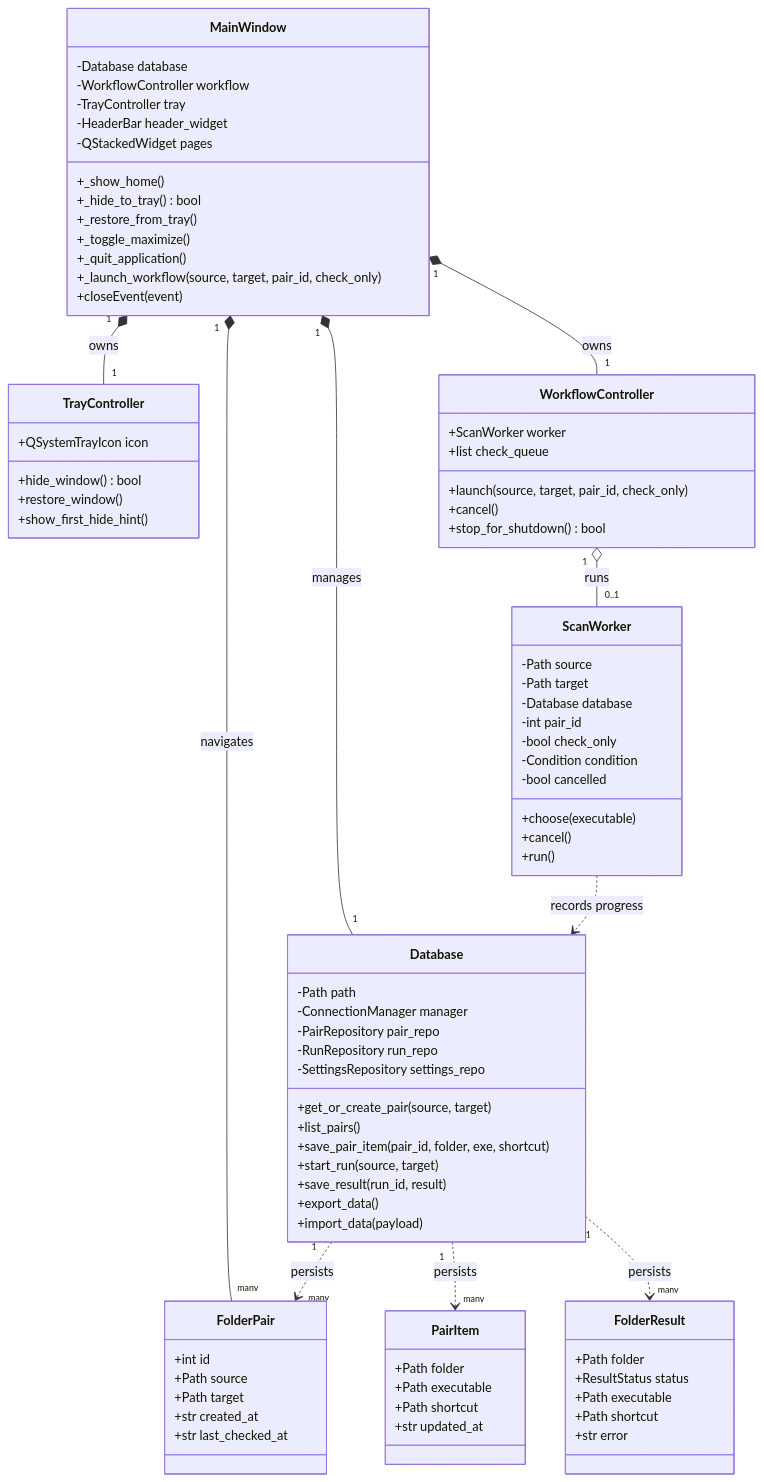
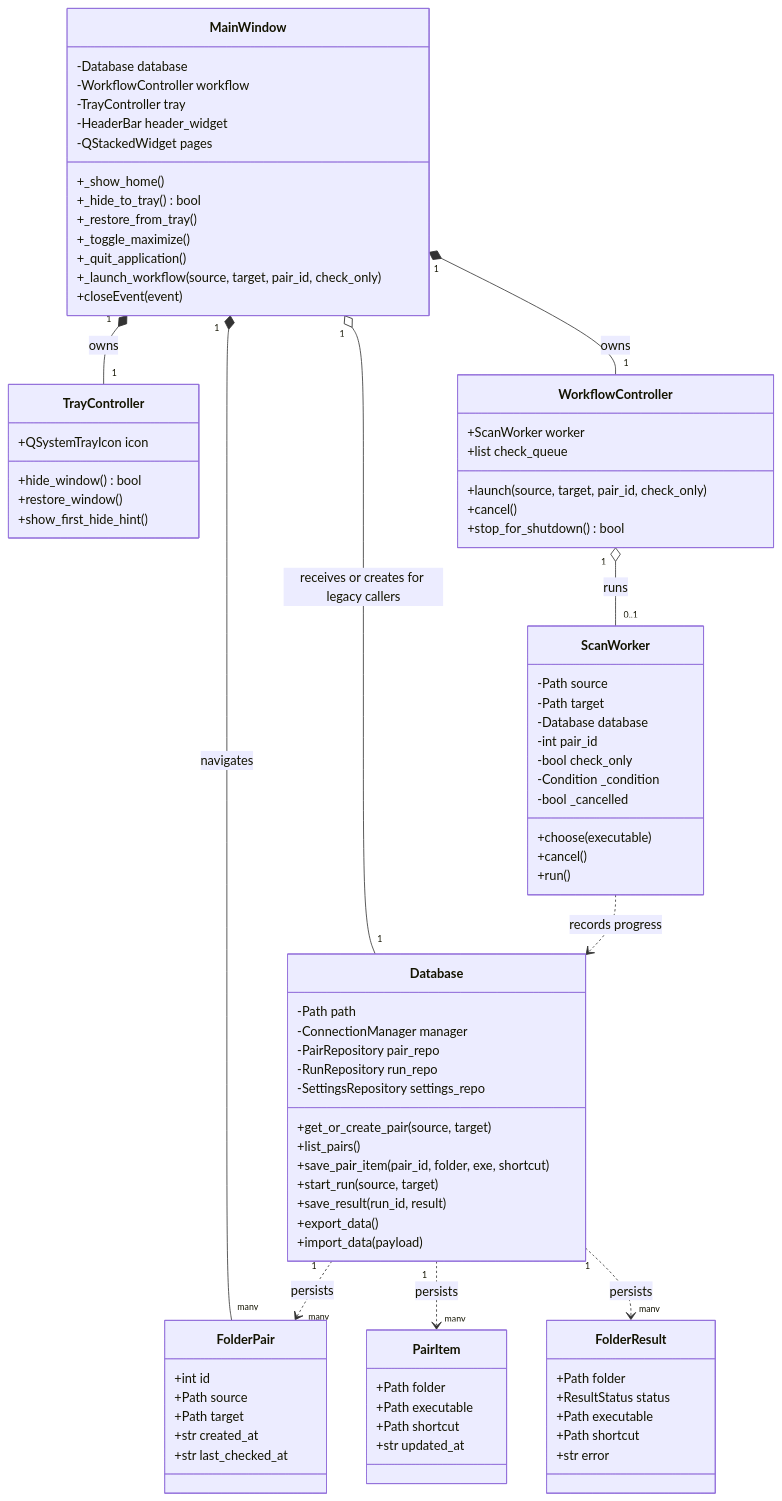
Before and after one commit to tbkmax/ShortcutStudio: the first of 5 diagrams in shortcut_studio/doc/workflow_diagram.md, drawn with Mermaid. The commit also changed other lines of this file and 50 other files, not shown here.

```diff
--- a/shortcut_studio/doc/workflow_diagram.md
+++ b/shortcut_studio/doc/workflow_diagram.md
@@ -47,8 +47,8 @@
         -Database database
         -int pair_id
         -bool check_only
-        -Condition condition
-        -bool cancelled
+        -Condition _condition
+        -bool _cancelled
         +choose(executable)
         +cancel()
         +run()
@@ -92,7 +92,7 @@
         +str error
     }
 
-    MainWindow "1" *-- "1" Database : manages
+    MainWindow "1" o-- "1" Database : receives or creates for legacy callers
     MainWindow "1" *-- "1" TrayController : owns
     MainWindow "1" *-- "1" WorkflowController : owns
     WorkflowController "1" o-- "0..1" ScanWorker : runs
```
